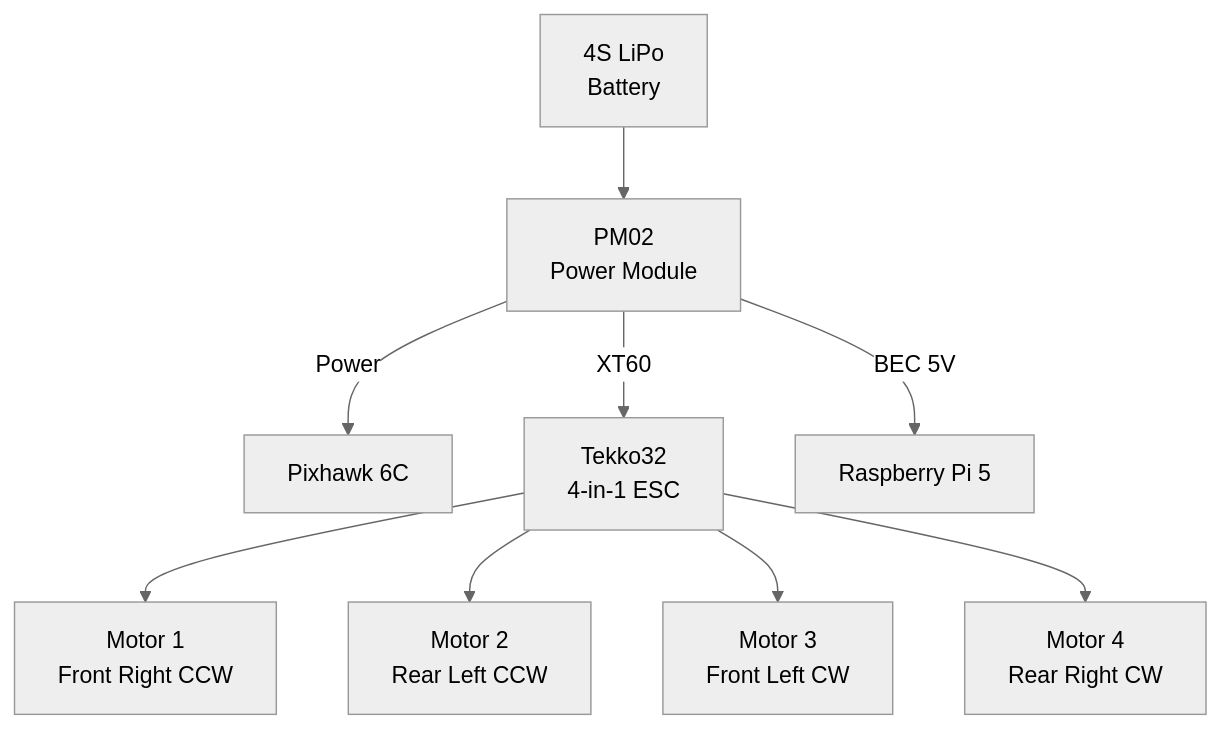
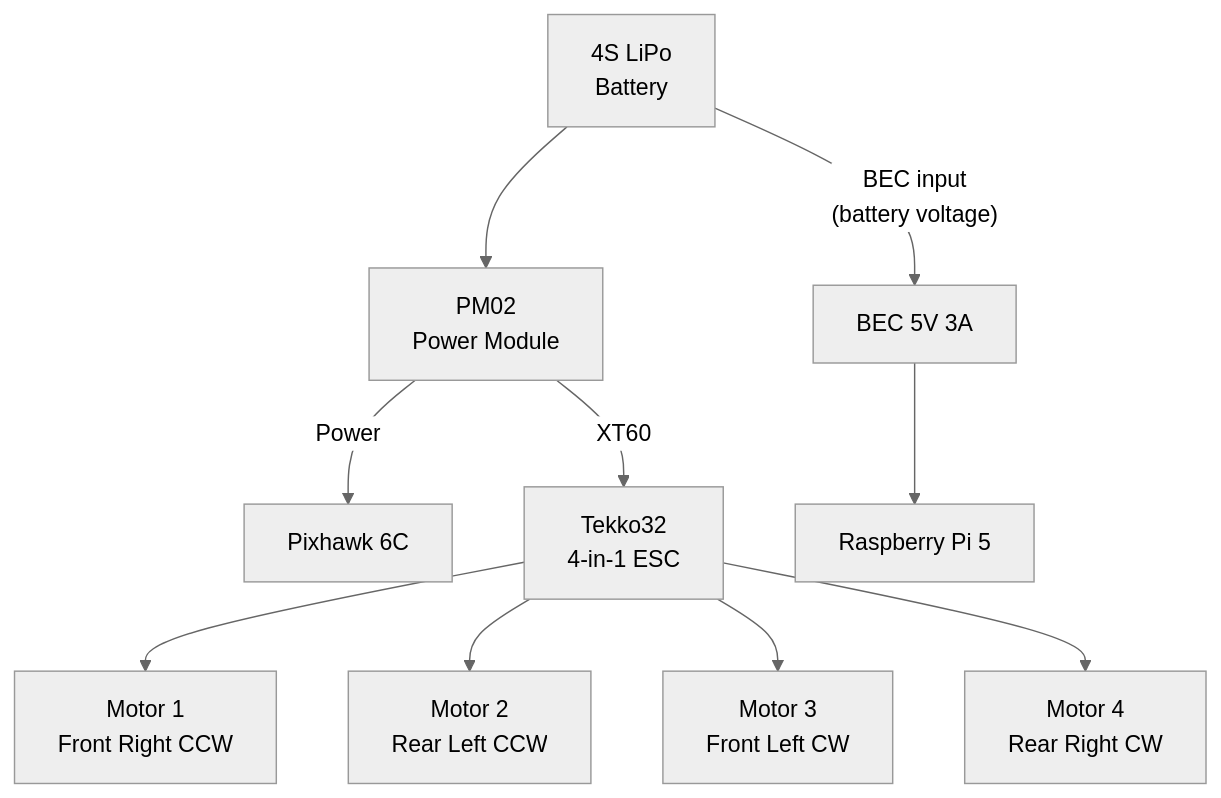
The diagram in docs/reference/wiring-diagram.md (fadi-labib/bennu), drawn with Mermaid (neutral theme) before and after one commit. The commit also changed other lines of this file and 2 other files, not shown here.

Commit message:
fix: align power architecture and wiring docs with BOM
Power doc incorrectly specified 6S battery, separate ESCs, and M10S
GPS. Corrected to match BOM: 4S LiPo, Tekko32 4-in-1 ESC, Holybro
M9N GPS. Added BAT_N_CELLS=4 to PX4 base params. Fixed wiring
diagram to show BEC tapping battery voltage directly.

````diff
--- a/docs/reference/wiring-diagram.md
+++ b/docs/reference/wiring-diagram.md
@@ -7,11 +7,12 @@
 ```mermaid
 graph TD
     BAT["4S LiPo<br/>Battery"] --> PM["PM02<br/>Power Module"]
     PM -->|Power| PIX["Pixhawk 6C"]
     PM -->|XT60| ESC["Tekko32<br/>4-in-1 ESC"]
-    PM -->|"BEC 5V"| PI["Raspberry Pi 5"]
+    BAT -->|"BEC input<br/>(battery voltage)"| BEC["BEC 5V 3A"]
+    BEC --> PI["Raspberry Pi 5"]
     ESC --> M1["Motor 1<br/>Front Right CCW"]
     ESC --> M2["Motor 2<br/>Rear Left CCW"]
     ESC --> M3["Motor 3<br/>Front Left CW"]
     ESC --> M4["Motor 4<br/>Rear Right CW"]
 ```
````
